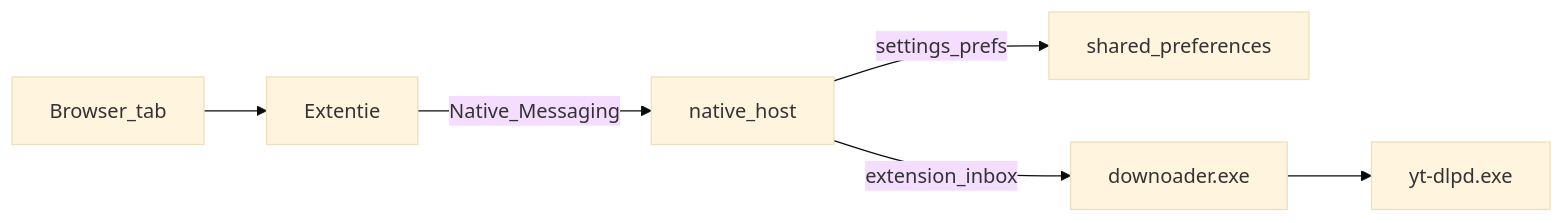
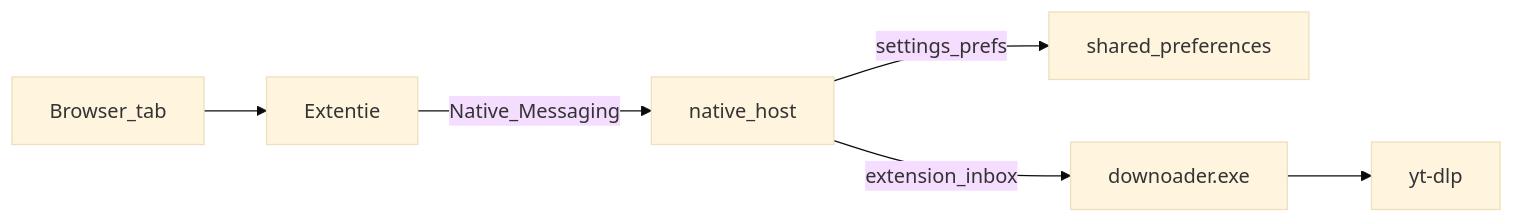
The diagram in README.md (redubbledd1-ops/DDownloader), drawn with Mermaid (base theme) before and after one commit. The commit also changed other lines of this file and 23 other files, not shown here.

````diff
--- a/README.md
+++ b/README.md
@@ -29,8 +60,8 @@
 ```mermaid
 flowchart LR
   Tab[Browser_tab] --> Ext[Extentie]
   Ext -->|Native_Messaging| Host[native_host]
   Host -->|settings_prefs| Prefs[shared_preferences]
   Host -->|extension_inbox| App[downoader.exe]
-  App --> YtDlp[yt-dlpd.exe]
+  App --> YtDlp[yt-dlp]
 ```
````
